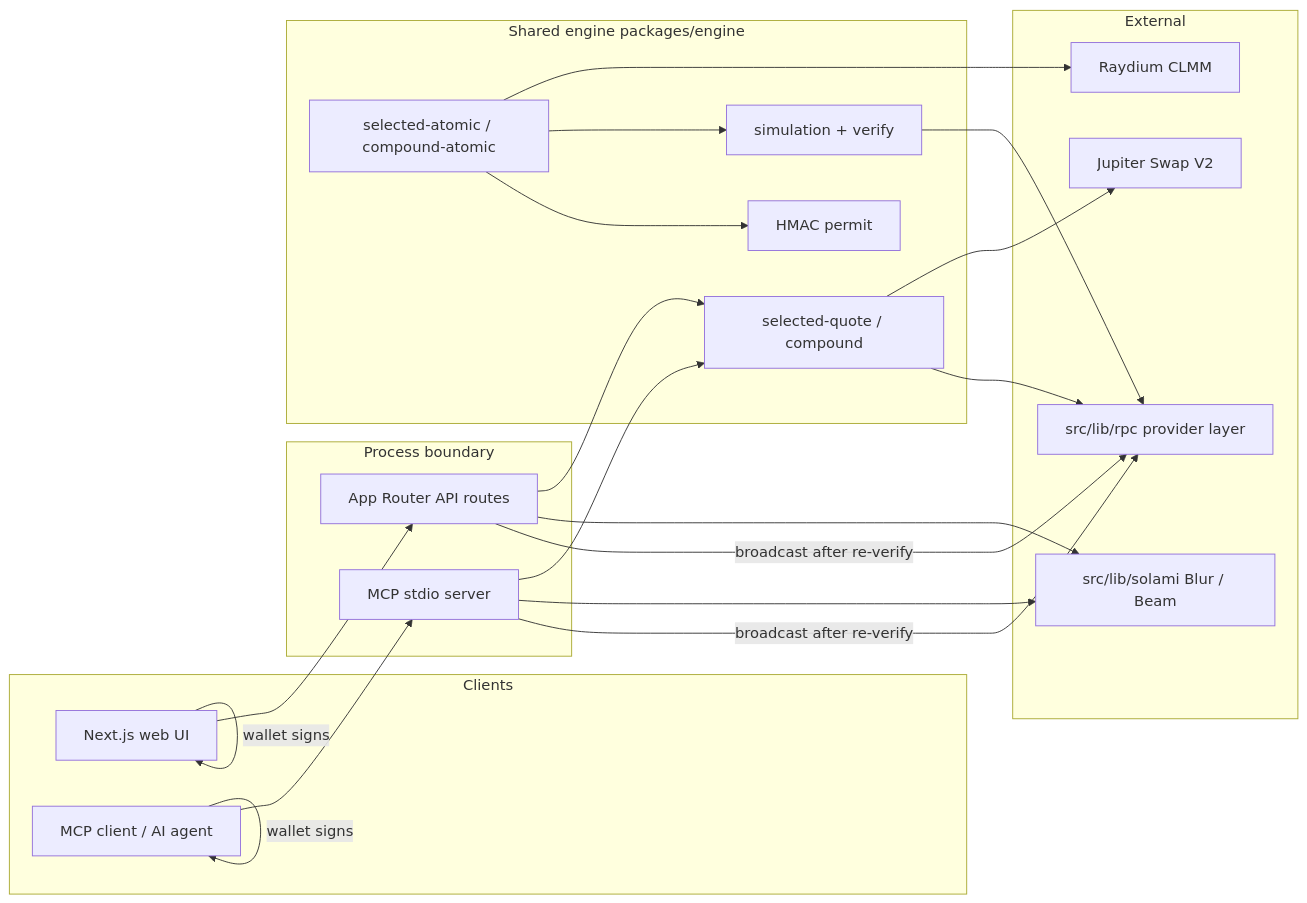
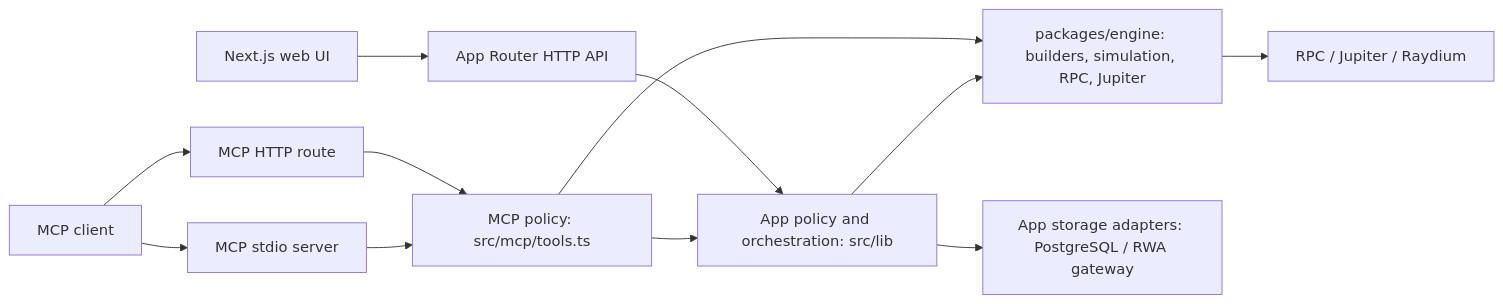
One commit to truenorth-lj/sofinance-public changed the diagram in README.md. Above: the diagram before and after it, drawn with Mermaid. The commit also changed other lines of this file and 27 other files, not shown here.

````diff
--- a/README.md
+++ b/README.md
@@ -421,39 +423,14 @@
 ```mermaid
 flowchart LR
-  subgraph clients [Clients]
-    Web[Next.js web UI]
-    Agent[MCP client / AI agent]
-  end
-  subgraph edge [Process boundary]
-    API[App Router API routes]
-    MCP[MCP stdio server]
-  end
-  subgraph engine ["Shared engine packages/engine"]
-    Quote[selected-quote / compound]
-    Atomic[selected-atomic / compound-atomic]
-    Sim[simulation + verify]
-    Permit[HMAC permit]
-  end
-  subgraph external [External]
-    RPC[src/lib/rpc provider layer]
-    Blur[src/lib/solami Blur / Beam]
-    Jup[Jupiter Swap V2]
-    Ray[Raydium CLMM]
-  end
-  Web --> API
-  Agent --> MCP
-  API --> Quote
-  MCP --> Quote
-  Quote --> Jup
-  Quote --> RPC
-  API --> Blur
-  MCP --> Blur
-  Atomic --> Ray
-  Atomic --> Sim
-  Sim --> RPC
-  Atomic --> Permit
-  Web -->|wallet signs| Web
-  Agent -->|wallet signs| Agent
-  API -->|broadcast after re-verify| RPC
-  MCP -->|broadcast after re-verify| RPC
+  Web[Next.js web UI] --> API[App Router HTTP API]
+  Agent[MCP client] --> HTTP[MCP HTTP route]
+  Agent --> Stdio[MCP stdio server]
+  API --> App["App policy and orchestration: src/lib"]
+  HTTP --> Tools["MCP policy: src/mcp/tools.ts"]
+  Stdio --> Tools
+  Tools --> App
+  Tools --> Engine
+  App --> Engine["packages/engine: builders, simulation, RPC, Jupiter"]
+  App --> Store["App storage adapters: PostgreSQL / RWA gateway"]
+  Engine --> Providers[RPC / Jupiter / Raydium]
 ```
````
